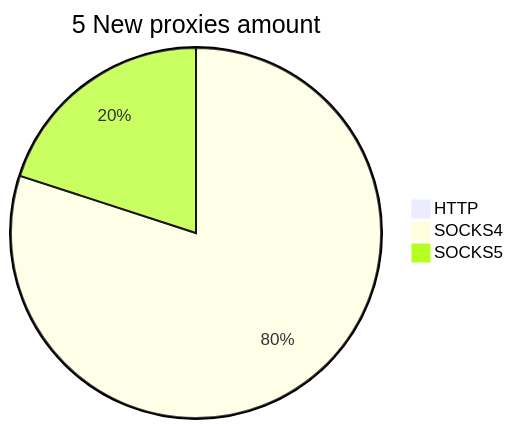
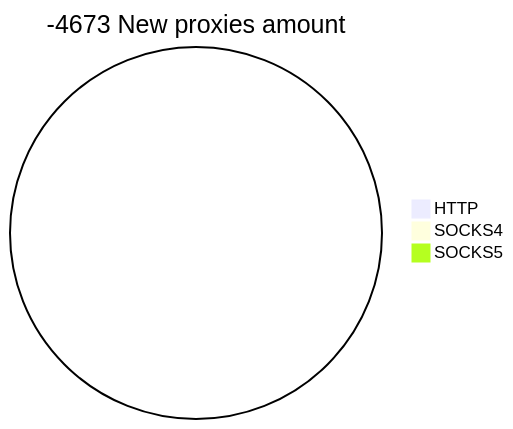
One commit to cutipu/proxylist changed the second of 2 diagrams in README.md. Above: the diagram before and after it, drawn with Mermaid. The commit also changed other lines of this file, not shown here.

````diff
--- a/README.md
+++ b/README.md
@@ -10,6 +10,6 @@
 ```mermaid
-pie title 5 New proxies amount
+pie title -4673 New proxies amount
     "HTTP" : 0
-    "SOCKS4" : 4
-    "SOCKS5" : 1
+    "SOCKS4" : 0
+    "SOCKS5" : 0
 ```
````
